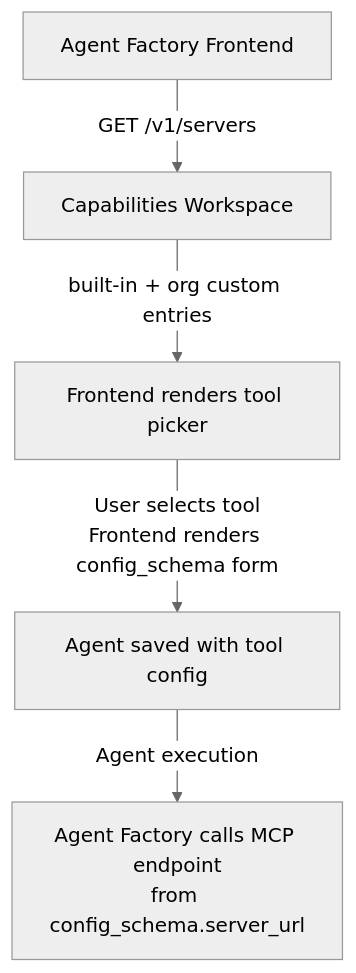
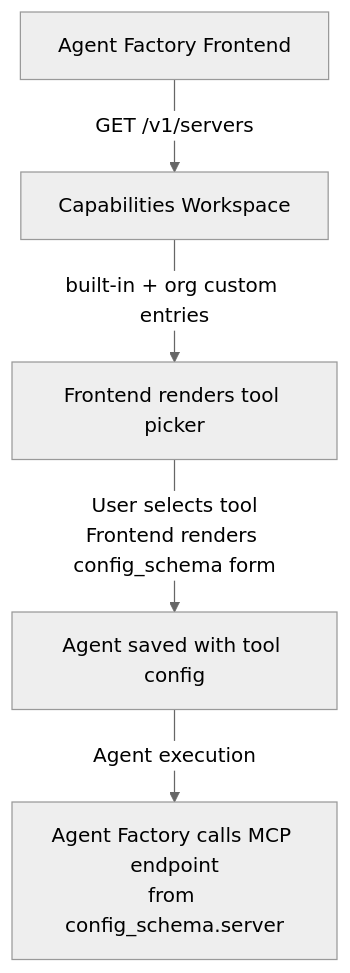
Before and after one commit to prismeai/docs: the diagram in services/capabilities/overview.mdx, drawn with Mermaid (neutral theme). The commit also changed other lines of this file and 40 other files, not shown here.

````diff
--- a/services/capabilities/overview.mdx
+++ b/services/capabilities/overview.mdx
@@ -108,7 +102,7 @@
 ```mermaid
 flowchart TD
     FE[Agent Factory Frontend] -->|GET /v1/servers| CAP[Capabilities Workspace]
     CAP -->|built-in + org custom entries| PICK[Frontend renders tool picker]
     PICK -->|"User selects tool\nFrontend renders config_schema form"| SAVE[Agent saved with tool config]
-    SAVE -->|Agent execution| MCP["Agent Factory calls MCP endpoint\nfrom config_schema.server_url"]
+    SAVE -->|Agent execution| MCP["Agent Factory calls MCP endpoint\nfrom config_schema.server"]
 ```
````
